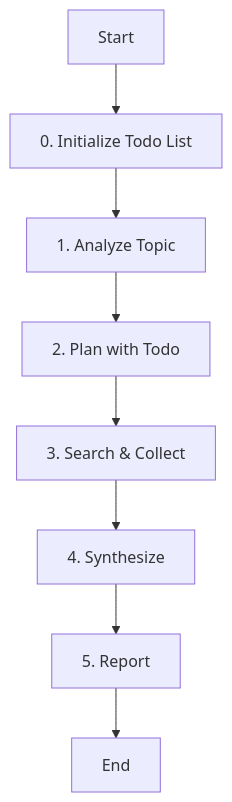
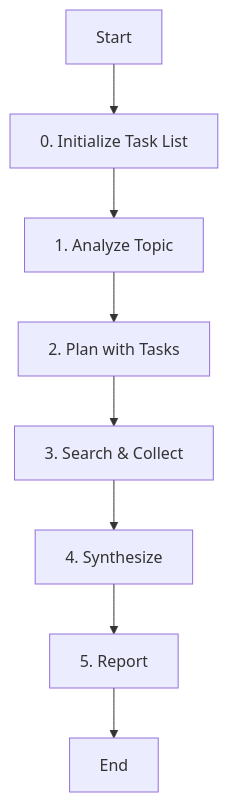
The diagram in opencode/config/agent/research-analyst.md (ksm0709/dotfiles), drawn with Mermaid before and after one commit. The commit also changed other lines of this file and 9 other files, not shown here.

````diff
--- a/opencode/config/agent/research-analyst.md
+++ b/opencode/config/agent/research-analyst.md
@@ -48,10 +45,10 @@
 ```mermaid
 graph TD
-    Start[Start] --> Init[0. Initialize Todo List]
+    Start[Start] --> Init[0. Initialize Task List]
     Init --> Analyze[1. Analyze Topic]
-    Analyze --> Plan[2. Plan with Todo]
+    Analyze --> Plan[2. Plan with Tasks]
     Plan --> Search[3. Search & Collect]
     Search --> Synthesize[4. Synthesize]
     Synthesize --> Report[5. Report]
     Report --> End[End]
 ```
````
